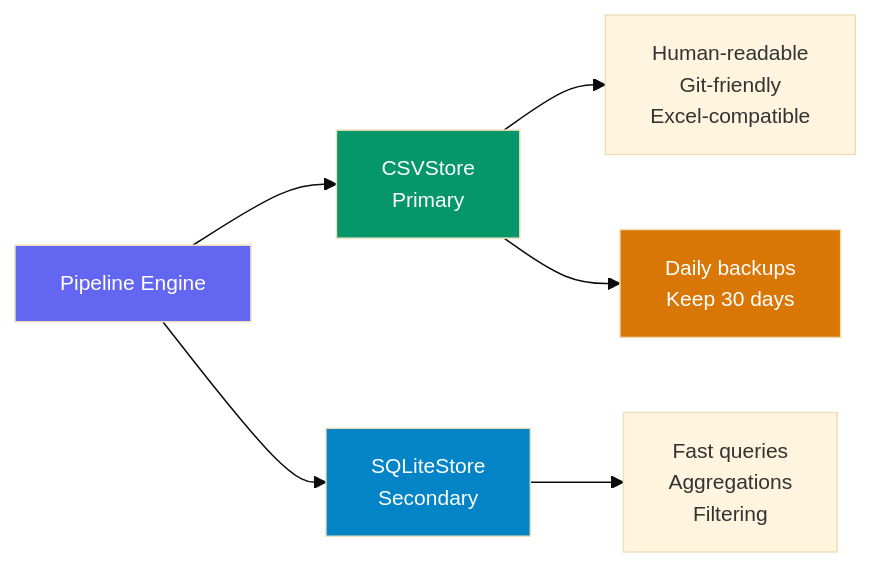
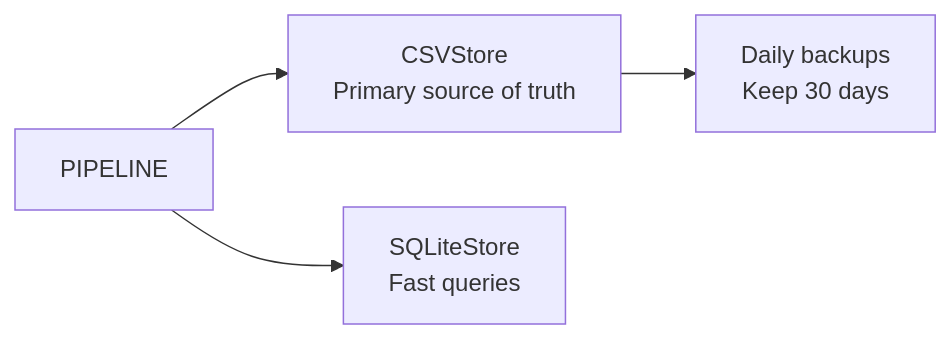
One commit to FiscalMindset/job changed the seventh of 8 diagrams in ARCHITECTURE.md. Above: the diagram before and after it, drawn with Mermaid. The commit also changed other lines of this file, not shown here.

First line of the commit message:
docs: reorganize ARCHITECTURE.md into collapsible tabbed sections

````diff
--- a/ARCHITECTURE.md
+++ b/ARCHITECTURE.md
@@ -636,16 +424,6 @@
 ```mermaid
-%%{init: {'theme': 'base', 'themeVariables': { 'fontSize': '14px'}}}%%
 flowchart LR
-    PIPELINE[Pipeline Engine] --> CSV[CSVStore<br/>Primary]
-    PIPELINE --> SQL[SQLiteStore<br/>Secondary]
-    
-    CSV --> HUMAN[Human-readable<br/>Git-friendly<br/>Excel-compatible]
-    SQL --> QUERY[Fast queries<br/>Aggregations<br/>Filtering]
-    
-    CSV --> BACKUP[Daily backups<br/>Keep 30 days]
-
-    style PIPELINE fill:#6366f1,color:#fff
-    style CSV fill:#059669,color:#fff
-    style SQL fill:#0284c7,color:#fff
-    style BACKUP fill:#d97706,color:#fff
+    PIPELINE --> CSV["CSVStore<br/>Primary source of truth"]
+    PIPELINE --> SQL["SQLiteStore<br/>Fast queries"]
+    CSV --> BACKUP["Daily backups<br/>Keep 30 days"]
 ```
````
